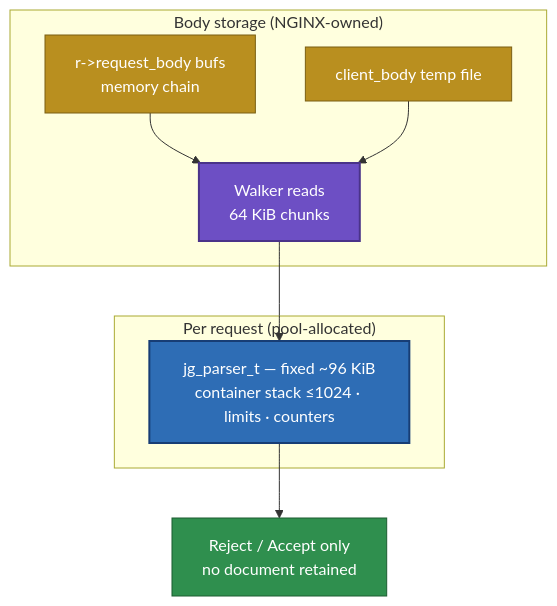
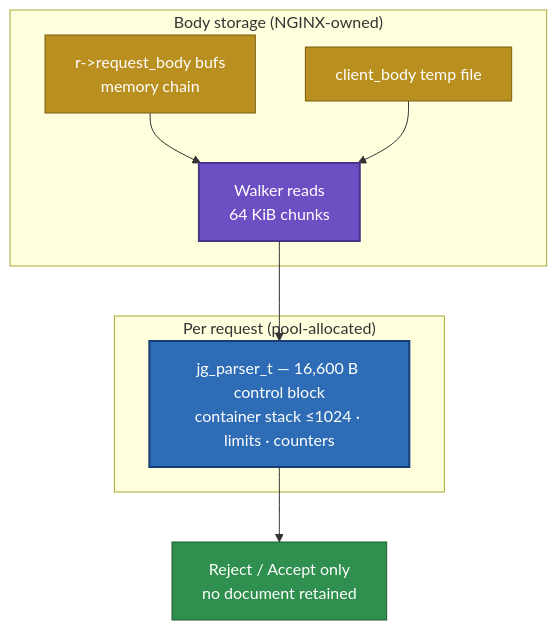
Before and after one commit to Vulcanite/ngx_json_guard: the third of 8 diagrams in DIAGRAMS.md, drawn with Mermaid. The commit also changed 7 other files, not shown here.

````diff
--- a/DIAGRAMS.md
+++ b/DIAGRAMS.md
@@ -75,17 +75,17 @@
 ```mermaid
 flowchart TB
     subgraph per_request["Per request (pool-allocated)"]
-        S["jg_parser_t — fixed ~96 KiB<br/>container stack ≤1024 · limits · counters"]
+        S["jg_parser_t — 16,600 B control block<br/>container stack ≤1024 · limits · counters"]
     end
     subgraph body["Body storage (NGINX-owned)"]
         B1["r->request_body bufs<br/>memory chain"] --> W
         B2["client_body temp file"] --> W["Walker reads<br/>64 KiB chunks"]
     end
     W --> S
     S --> O["Reject / Accept only<br/>no document retained"]
     style S fill:#2e6db5,stroke:#173d75,color:#ffffff,stroke-width:2px
     style W fill:#6d4fc4,stroke:#4a3389,color:#ffffff,stroke-width:2px
     style O fill:#2f8f4e,stroke:#1c5c31,color:#ffffff
     style B1 fill:#b98f1f,stroke:#7a5f13,color:#ffffff
     style B2 fill:#b98f1f,stroke:#7a5f13,color:#ffffff
 ```
````
